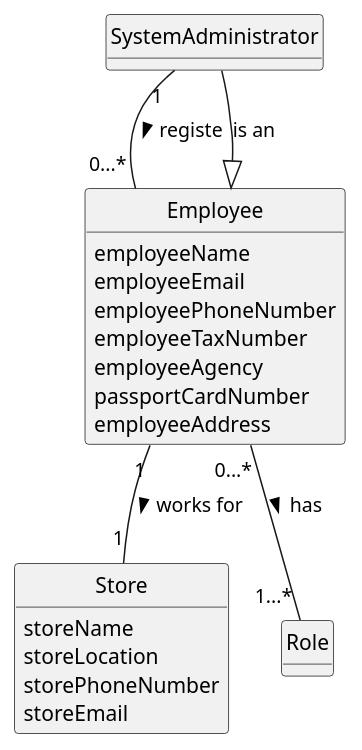
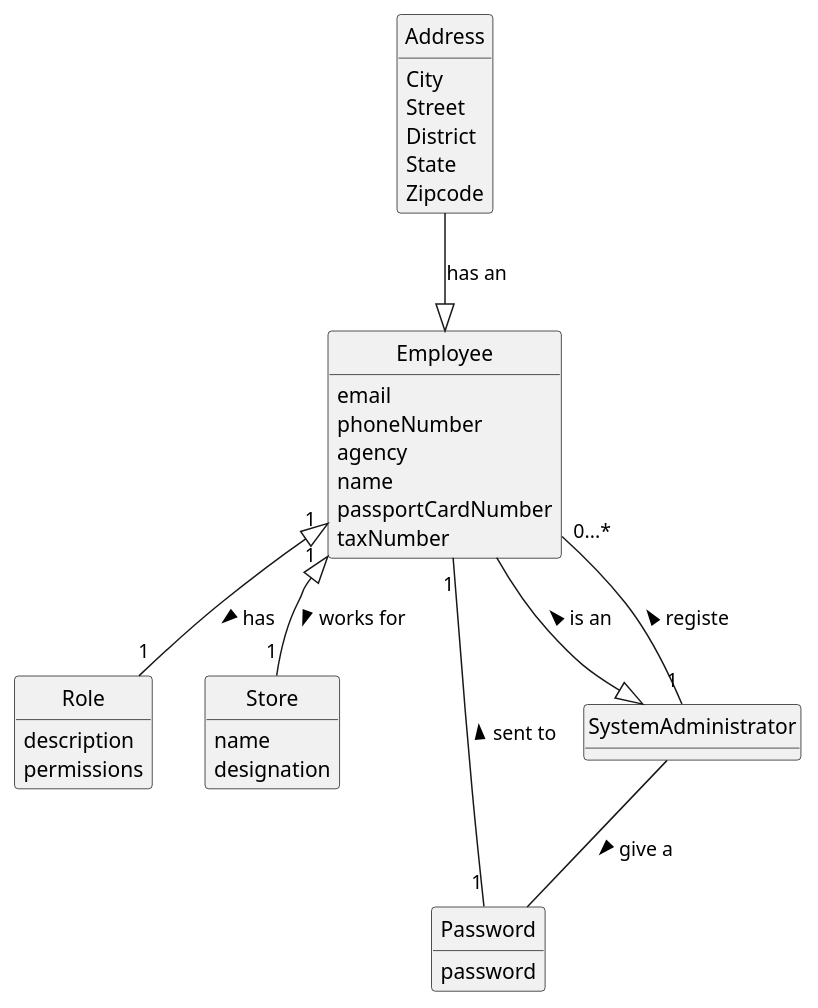
The diagram in docs/sprintB/us003/02.analysis/puml/us003-domain-model.puml (1220812/LAPR2), drawn with PlantUML before and after one commit.

Commit message:
US003 domain model updated

```diff
--- a/docs/sprintB/us003/02.analysis/puml/us003-domain-model.puml
+++ b/docs/sprintB/us003/02.analysis/puml/us003-domain-model.puml
@@ -1,46 +1,54 @@
 @startuml
 skinparam monochrome true
 skinparam packageStyle rectangle
 skinparam shadowing false
 'skinparam linetype ortho
 'left to right direction
 skinparam classAttributeIconSize 0
 hide circle
 hide methods
 
 
-class SystemAdministrator{
+class Employee {
+    email
+    phoneNumber
+    agency
+    name
+    passportCardNumber
+    taxNumber
+
 }
 
-
-class Employee {
-    employeeName
-    employeeEmail
-    employeePhoneNumber
-    employeeTaxNumber
-    employeeAgency
-    passportCardNumber
-    employeeAddress
-}
-
-
-class Store{
-storeName
-storeLocation
-storePhoneNumber
-storeEmail
+class Address {
+    City
+    Street
+    District
+    State
+    Zipcode
 }
 
 class Role{
+    description
+    permissions
 }
 
-
-SystemAdministrator "1"--"0...*" Employee: registe >
-SystemAdministrator --|> Employee: is an
+class Store{
+    name
+    designation
+    }
 
 
-Employee "1"--"1" Store: works for >
-Employee "0...*"--"1...*" Role: has >
+class Password {
+    password
+}
+
+Address --|> Employee: has an
+SystemAdministrator "1"--"0...*" Employee: registe >
+Employee --|> SystemAdministrator: is an <
+Employee "1"--"1" Password: sent to <
+Employee "1"<|--"1" Store: works for >
+Employee "1"<|--"1" Role: has >
+SystemAdministrator -- Password: give a >
 
 
 @enduml
```
